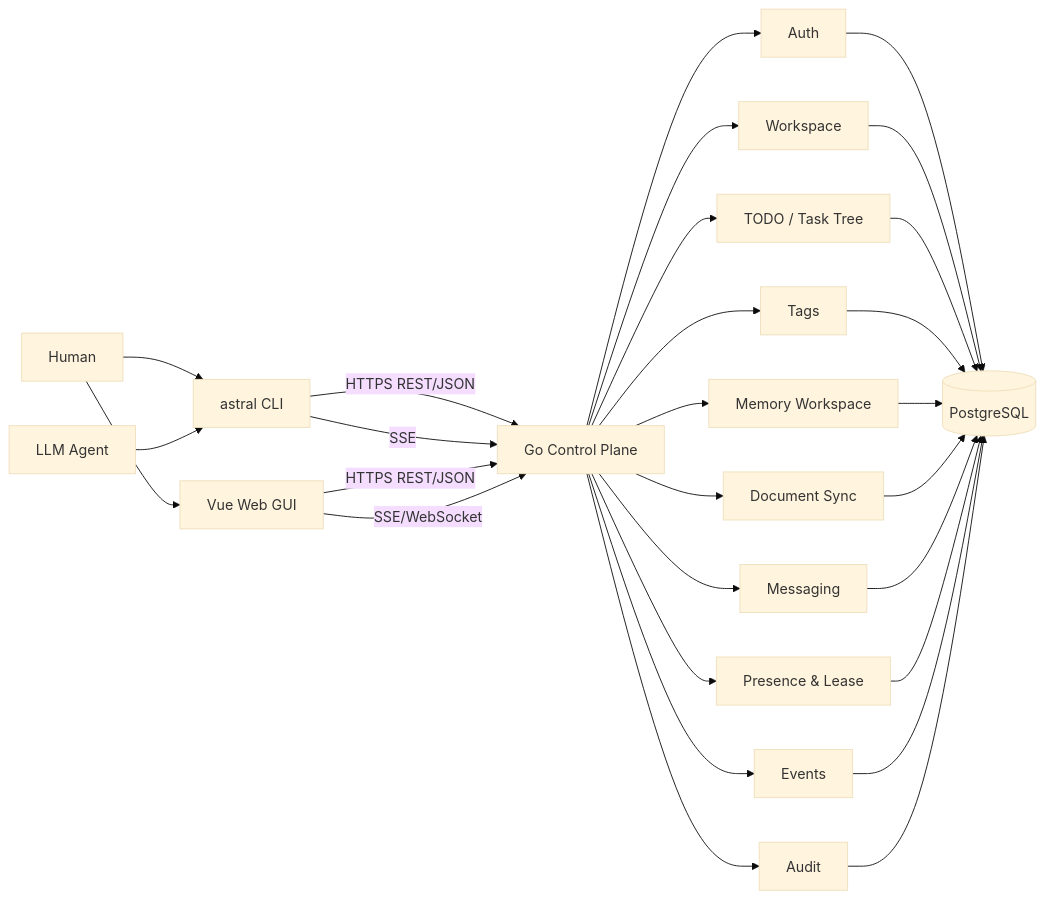
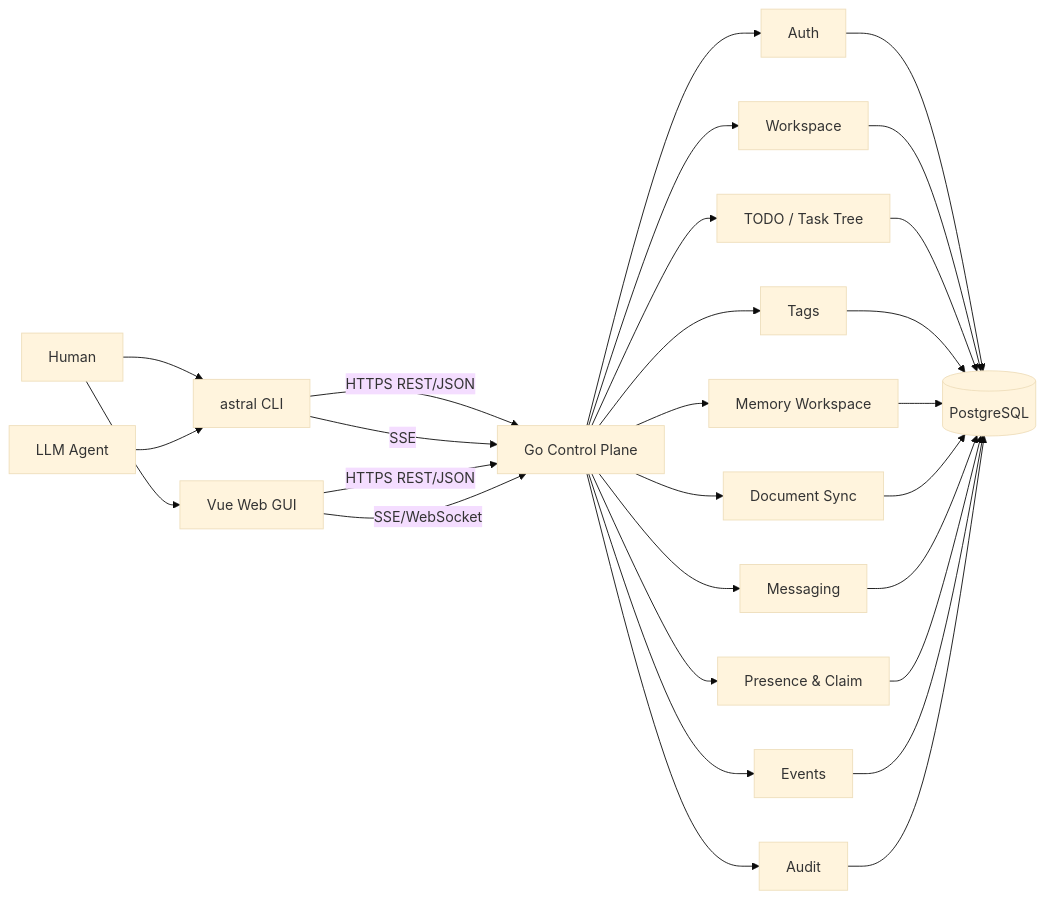
The diagram in docs/architecture.md (The-Astral-Express-Family/astral-modulator), drawn with Mermaid (base theme) before and after one commit. The commit also changed other lines of this file and 4 other files, not shown here.

````diff
--- a/docs/architecture.md
+++ b/docs/architecture.md
@@ -52,33 +52,33 @@
 ```mermaid
 flowchart LR
     H[Human] --> CLI[astral CLI]
     A[LLM Agent] --> CLI
     H --> WEB[Vue Web GUI]
 
     CLI -->|HTTPS REST/JSON| API[Go Control Plane]
     CLI -->|SSE| API
     WEB -->|HTTPS REST/JSON| API
     WEB -->|SSE/WebSocket| API
 
     API --> AUTH[Auth]
     API --> WS[Workspace]
     API --> TODO[TODO / Task Tree]
     API --> TAG[Tags]
     API --> MEM[Memory Workspace]
     API --> DOC[Document Sync]
     API --> MSG[Messaging]
-    API --> PRES[Presence & Lease]
+    API --> PRES[Presence & Claim]
     API --> EVT[Events]
     API --> AUDIT[Audit]
 
     AUTH --> PG[(PostgreSQL)]
     WS --> PG
     TODO --> PG
     TAG --> PG
     MEM --> PG
     DOC --> PG
     MSG --> PG
     PRES --> PG
     EVT --> PG
     AUDIT --> PG
 ```
````
